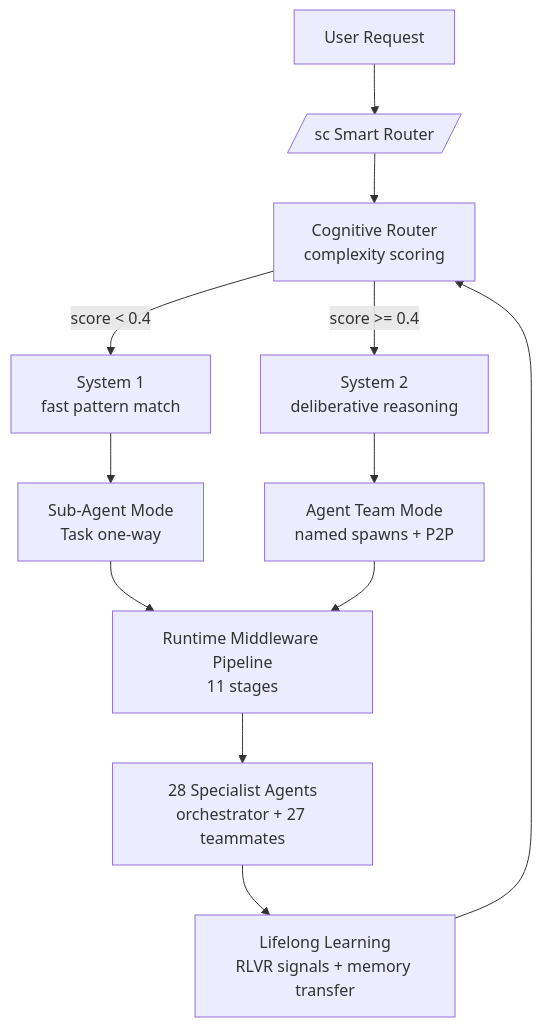
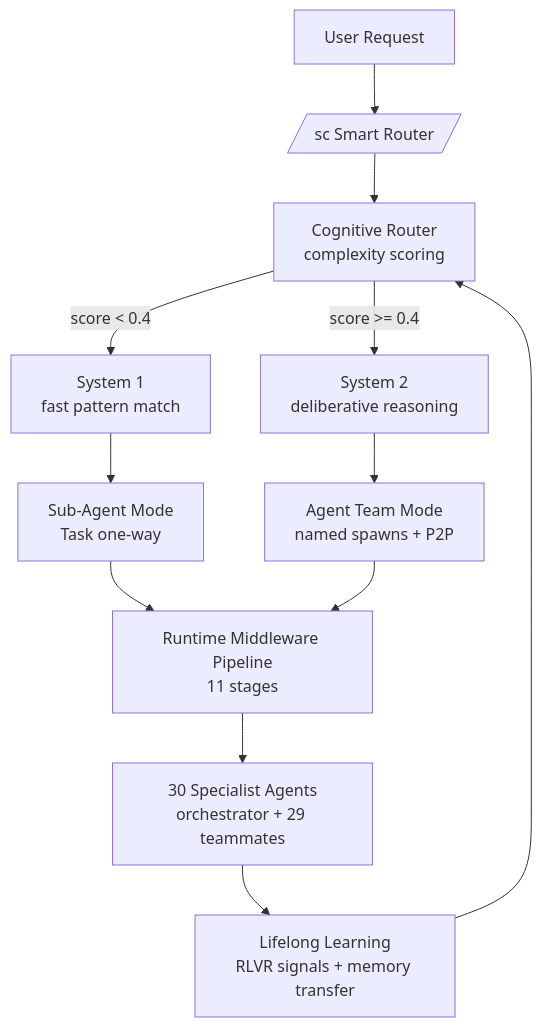
The diagram in plugins/artibot/README.md (Yoodaddy0311/artibot), drawn with Mermaid before and after one commit. The commit also changed other lines of this file and 18 other files, not shown here.

````diff
--- a/plugins/artibot/README.md
+++ b/plugins/artibot/README.md
@@ -72,14 +72,14 @@
 ```mermaid
 flowchart TD
     U[User Request] --> SC[/sc Smart Router/]
     SC --> CR[Cognitive Router<br/>complexity scoring]
     CR -->|score &lt; 0.4| S1[System 1<br/>fast pattern match]
     CR -->|score &gt;= 0.4| S2[System 2<br/>deliberative reasoning]
     S1 --> SUB[Sub-Agent Mode<br/>Task one-way]
     S2 --> TM[Agent Team Mode<br/>named spawns + P2P]
     SUB --> RT[Runtime Middleware Pipeline<br/>11 stages]
     TM --> RT
-    RT --> AG[28 Specialist Agents<br/>orchestrator + 27 teammates]
+    RT --> AG[30 Specialist Agents<br/>orchestrator + 29 teammates]
     AG --> LL[Lifelong Learning<br/>RLVR signals + memory transfer]
     LL --> CR
 ```
````
